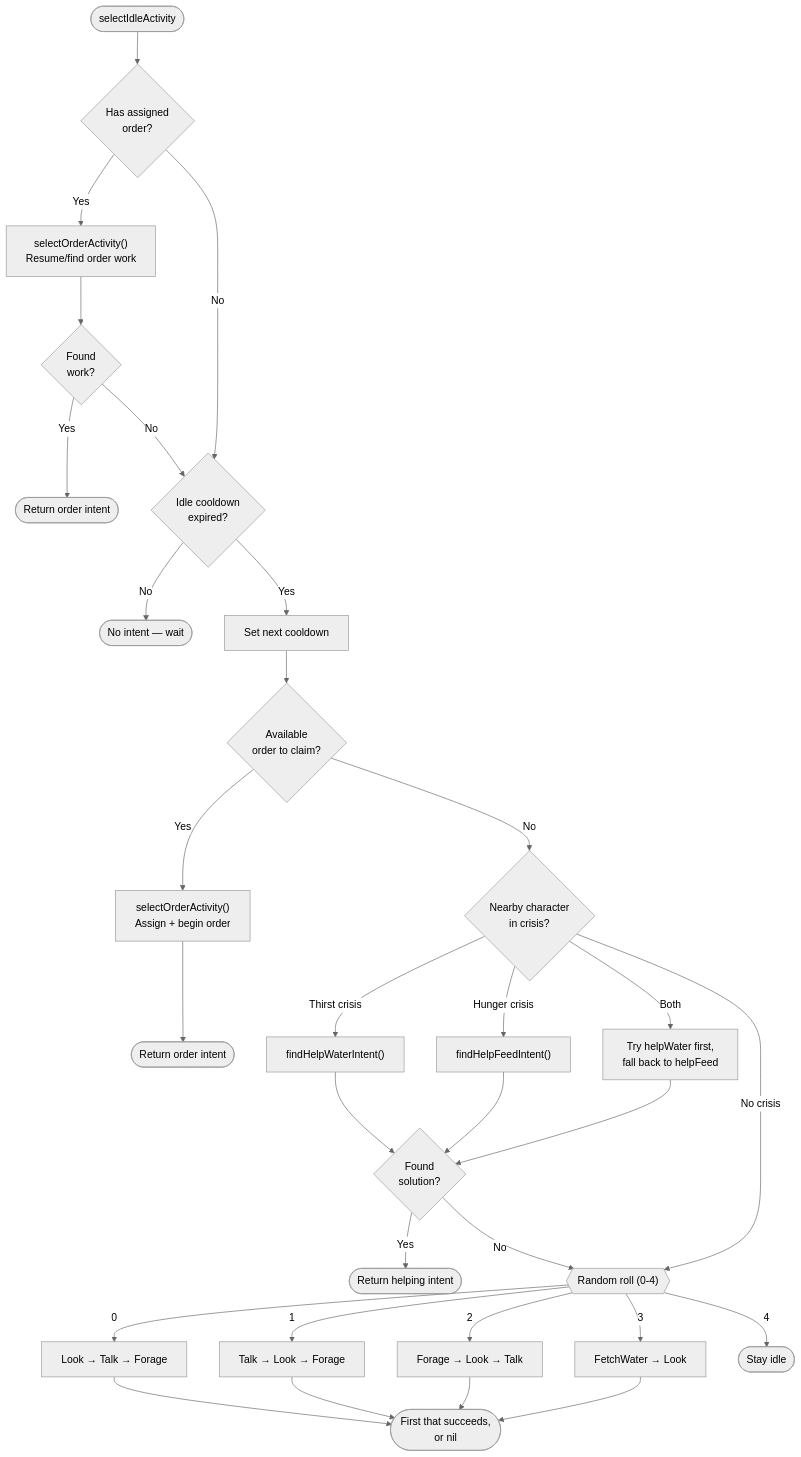
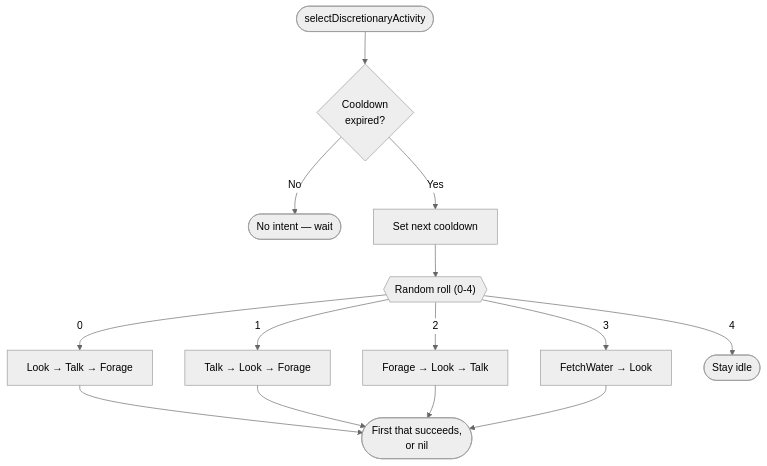
The sixth of 10 diagrams in docs/flow-diagrams.md (suzbot/petri), drawn with Mermaid (neutral theme) before and after one commit. The commit also changed other lines of this file and 10 other files, not shown here.

Commit message:
docs: update architecture docs for extraction and action priority model

````diff
--- a/docs/flow-diagrams.md
+++ b/docs/flow-diagrams.md
@@ -414,44 +437,19 @@
 ```mermaid
 flowchart TD
-    start([selectIdleActivity])
+    start([selectDiscretionaryActivity])
 
-    start --> hasorder{Has assigned<br/>order?}
-    hasorder -->|Yes| tryorder1["selectOrderActivity()
-    Resume/find order work"]
-    tryorder1 --> ordersuccess1{Found<br/>work?}
-    ordersuccess1 -->|Yes| ret1([Return order intent])
-    ordersuccess1 -->|No| cooldown
-
-    hasorder -->|No| cooldown{Idle cooldown<br/>expired?}
+    start --> cooldown{Cooldown<br/>expired?}
     cooldown -->|No| none([No intent — wait])
     cooldown -->|Yes| setcooldown["Set next cooldown"]
 
-    setcooldown --> neworder{Available<br/>order to claim?}
-    neworder -->|Yes| tryorder2["selectOrderActivity()
-    Assign + begin order"]
-    tryorder2 --> ret2([Return order intent])
-
-    neworder -->|No| crisis{Nearby character<br/>in crisis?}
-    crisis -->|Thirst crisis| helpw["findHelpWaterIntent()"]
-    crisis -->|Hunger crisis| helpf["findHelpFeedIntent()"]
-    crisis -->|Both| helpboth["Try helpWater first,
-    fall back to helpFeed"]
-    helpw --> helpok{Found<br/>solution?}
-    helpf --> helpok
-    helpboth --> helpok
-    helpok -->|Yes| ret3([Return helping intent])
-    helpok -->|No| roll
-
-    crisis -->|No crisis| roll
-
-    roll{{"Random roll (0-4)"}}
+    setcooldown --> roll{{"Random roll (0-4)"}}
     roll -->|0| r0["Look → Talk → Forage"]
     roll -->|1| r1["Talk → Look → Forage"]
     roll -->|2| r2["Forage → Look → Talk"]
     roll -->|3| r3["FetchWater → Look"]
     roll -->|4| r4([Stay idle])
     r0 --> fallback([First that succeeds,<br/>or nil])
     r1 --> fallback
     r2 --> fallback
     r3 --> fallback
 ```
````
